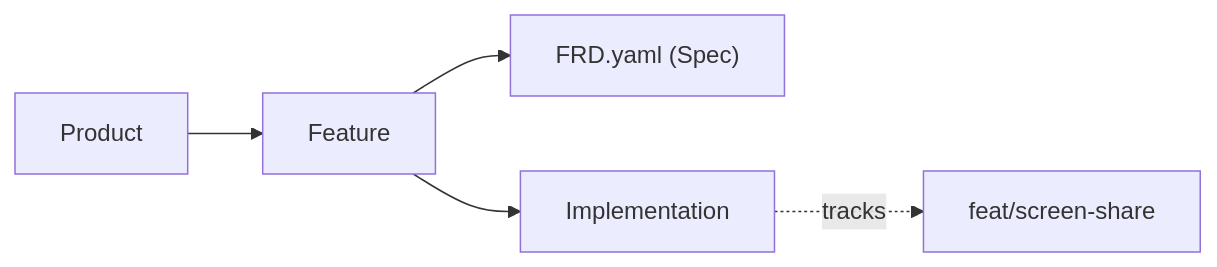
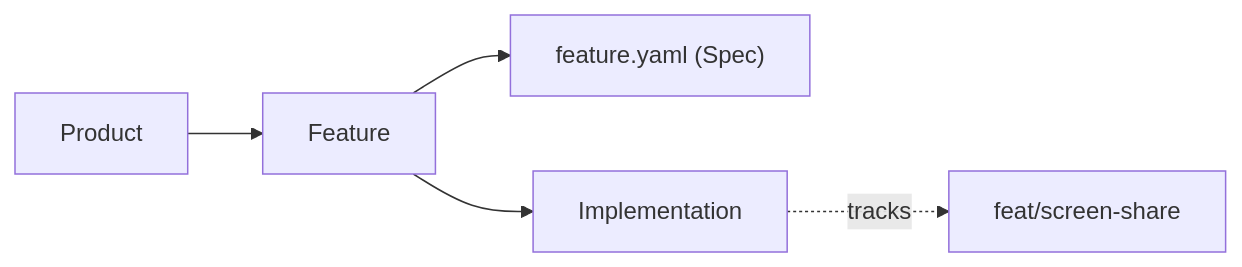
Before and after one commit to acai-sh/docs: the diagram in spec-driven-development.mdx, drawn with Mermaid. The commit also changed other lines of this file and 13 other files, not shown here.

Commit message:
frd -> feature.yaml

````diff
--- a/spec-driven-development.mdx
+++ b/spec-driven-development.mdx
@@ -48,7 +48,7 @@
 ```mermaid
 graph LR
     P[Product] --> F[Feature]
-    F --> S["FRD.yaml (Spec)"]
+    F --> S["feature.yaml (Spec)"]
     F --> I[Implementation]
     I -. tracks .-> B["feat/screen-share"]
 ```
````
